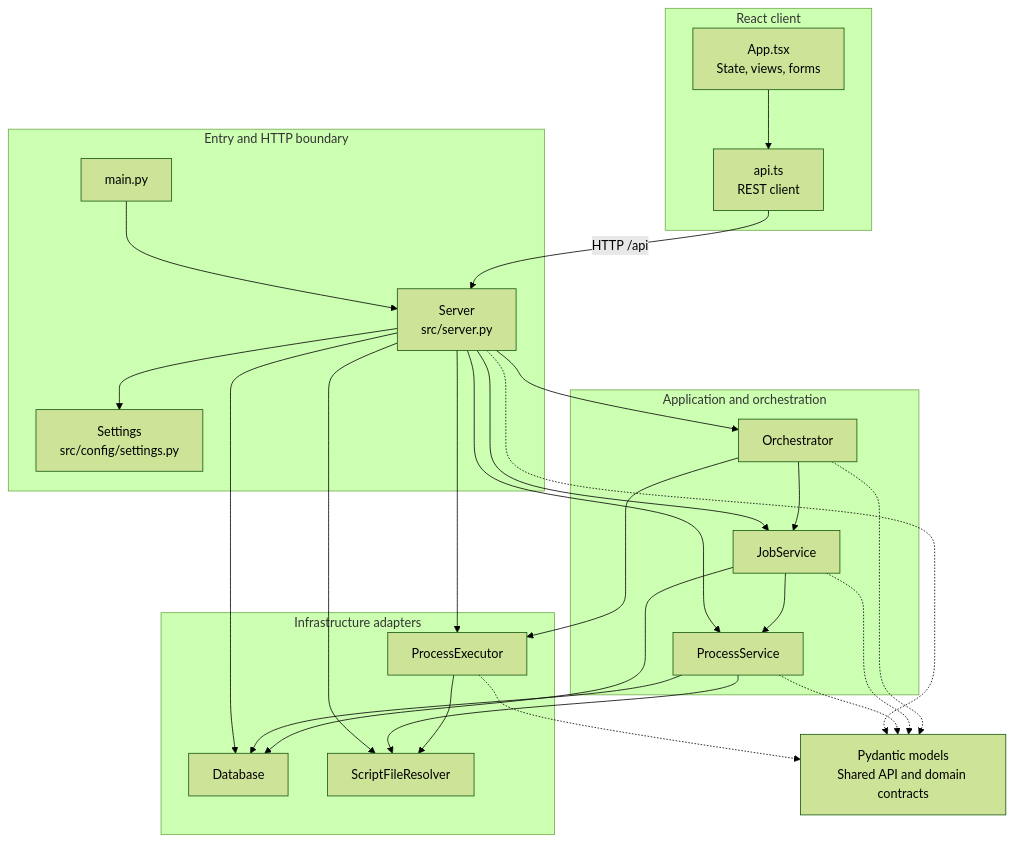
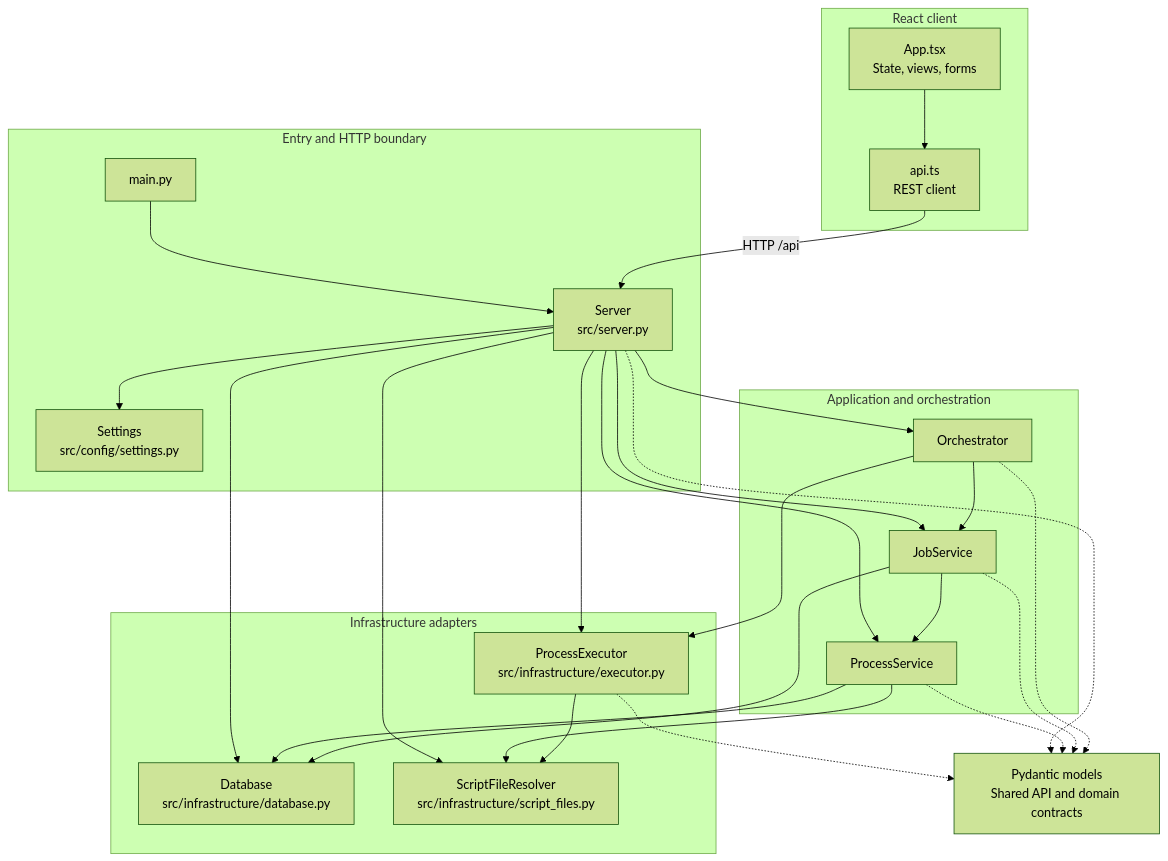
The second of 4 diagrams in docs/architecture/architecture.md (ScottRBK/Dark-Orchestrator), drawn with Mermaid (forest theme) before and after one commit. The commit also changed other lines of this file and 8 other files, not shown here.

````diff
--- a/docs/architecture/architecture.md
+++ b/docs/architecture/architecture.md
@@ -72,47 +72,47 @@
 ```mermaid
 flowchart TB
     subgraph frontend["React client"]
         app["App.tsx<br/>State, views, forms"] --> api_client["api.ts<br/>REST client"]
     end
 
     subgraph boundary["Entry and HTTP boundary"]
         main["main.py"] --> server["Server<br/>src/server.py"]
         settings["Settings<br/>src/config/settings.py"]
     end
 
     subgraph application["Application and orchestration"]
         process_service["ProcessService"]
         job_service["JobService"]
         orchestrator["Orchestrator"]
     end
 
     subgraph infrastructure["Infrastructure adapters"]
-        database["Database"]
-        files["ScriptFileResolver"]
-        executor["ProcessExecutor"]
+        database["Database<br/>src/infrastructure/database.py"]
+        files["ScriptFileResolver<br/>src/infrastructure/script_files.py"]
+        executor["ProcessExecutor<br/>src/infrastructure/executor.py"]
     end
 
     models["Pydantic models<br/>Shared API and domain contracts"]
 
     api_client -->|"HTTP /api"| server
     server --> settings
     server --> process_service
     server --> job_service
     server --> orchestrator
     server --> database
     server --> files
     server --> executor
     process_service --> database
     process_service --> files
     job_service --> database
     job_service --> process_service
     orchestrator --> job_service
     orchestrator --> executor
     executor --> files
 
     server -.-> models
     process_service -.-> models
     job_service -.-> models
     orchestrator -.-> models
     executor -.-> models
 ```
````
